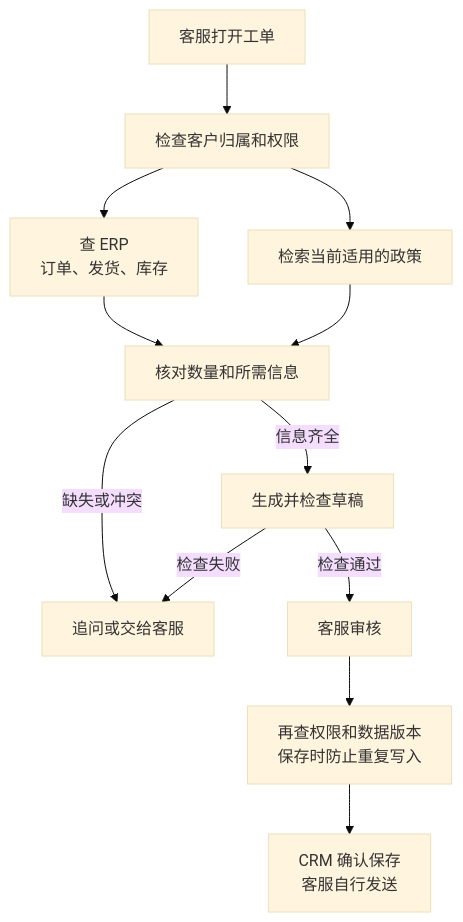
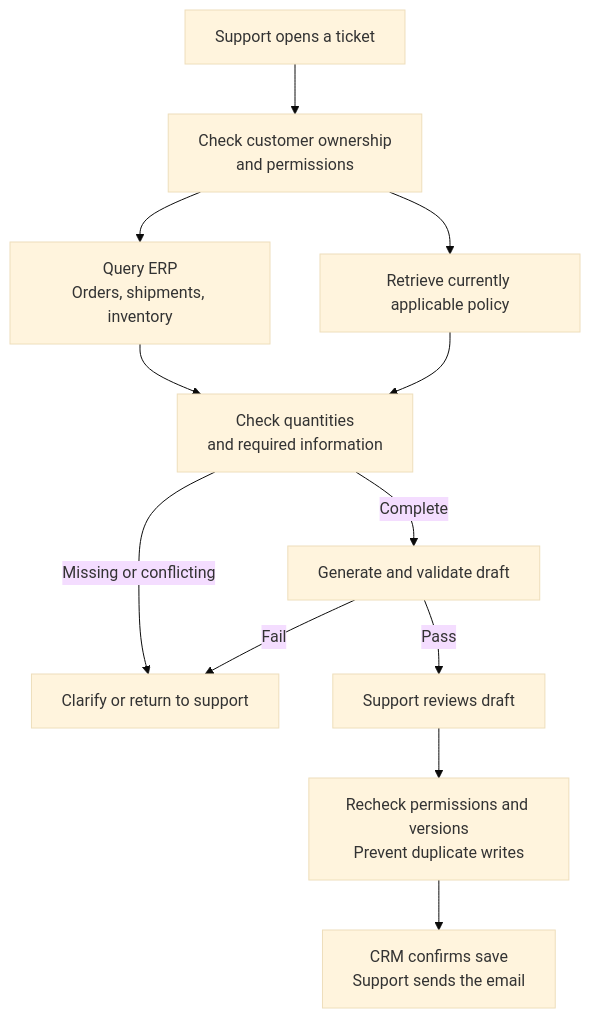
One commit to oneleaveknowsthefall/awesome-ai-roadmap changed the fifth of 5 diagrams in docs/fde/01-foundations/01-forward-deployed-engineering.md. Above: the diagram before and after it, drawn with Mermaid (base theme). The commit also changed other lines of this file and 82 other files, not shown here.

````diff
--- a/docs/fde/01-foundations/01-forward-deployed-engineering.md
+++ b/docs/fde/01-foundations/01-forward-deployed-engineering.md
@@ -494,14 +494,14 @@
 ```mermaid
 flowchart TD
-    UI["客服打开工单"] --> AUTH["检查客户归属和权限"]
-    AUTH --> LIVE["查 ERP<br/>订单、发货、库存"]
-    AUTH --> DOC["检索当前适用的政策"]
-    LIVE --> GATE["核对数量和所需信息"]
+    UI["Support opens a ticket"] --> AUTH["Check customer ownership<br/>and permissions"]
+    AUTH --> LIVE["Query ERP<br/>Orders, shipments, inventory"]
+    AUTH --> DOC["Retrieve currently applicable policy"]
+    LIVE --> GATE["Check quantities<br/>and required information"]
     DOC --> GATE
-    GATE -->|信息齐全| DRAFT["生成并检查草稿"]
-    GATE -->|缺失或冲突| HUMAN["追问或交给客服"]
-    DRAFT -->|检查通过| REVIEW["客服审核"]
-    DRAFT -->|检查失败| HUMAN
-    REVIEW --> SAVE["再查权限和数据版本<br/>保存时防止重复写入"]
-    SAVE --> CRM["CRM 确认保存<br/>客服自行发送"]
+    GATE -->|Complete| DRAFT["Generate and validate draft"]
+    GATE -->|Missing or conflicting| HUMAN["Clarify or return to support"]
+    DRAFT -->|Pass| REVIEW["Support reviews draft"]
+    DRAFT -->|Fail| HUMAN
+    REVIEW --> SAVE["Recheck permissions and versions<br/>Prevent duplicate writes"]
+    SAVE --> CRM["CRM confirms save<br/>Support sends the email"]
 ```
````
